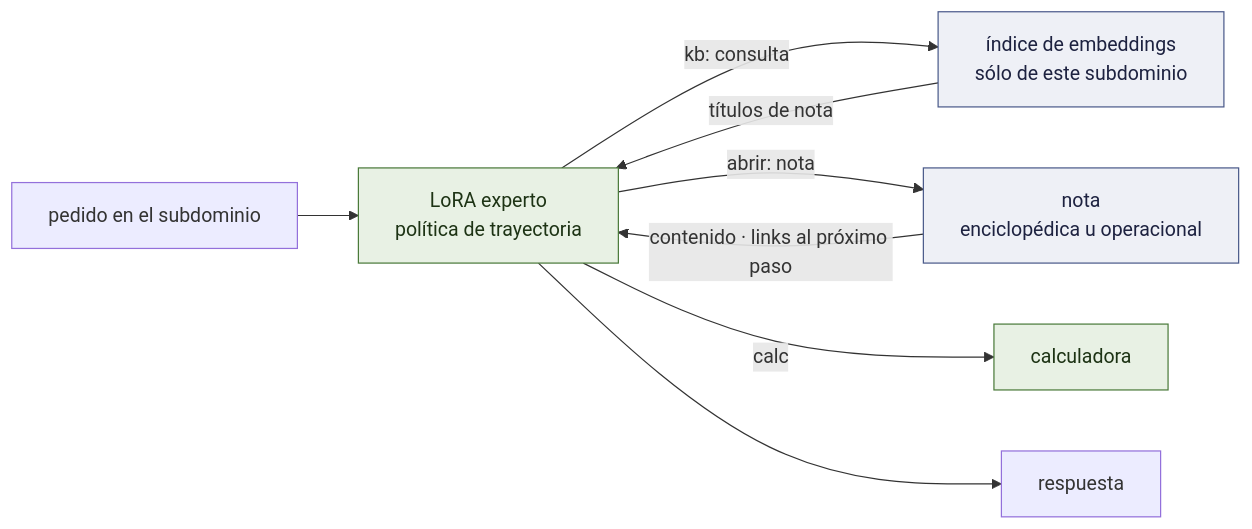
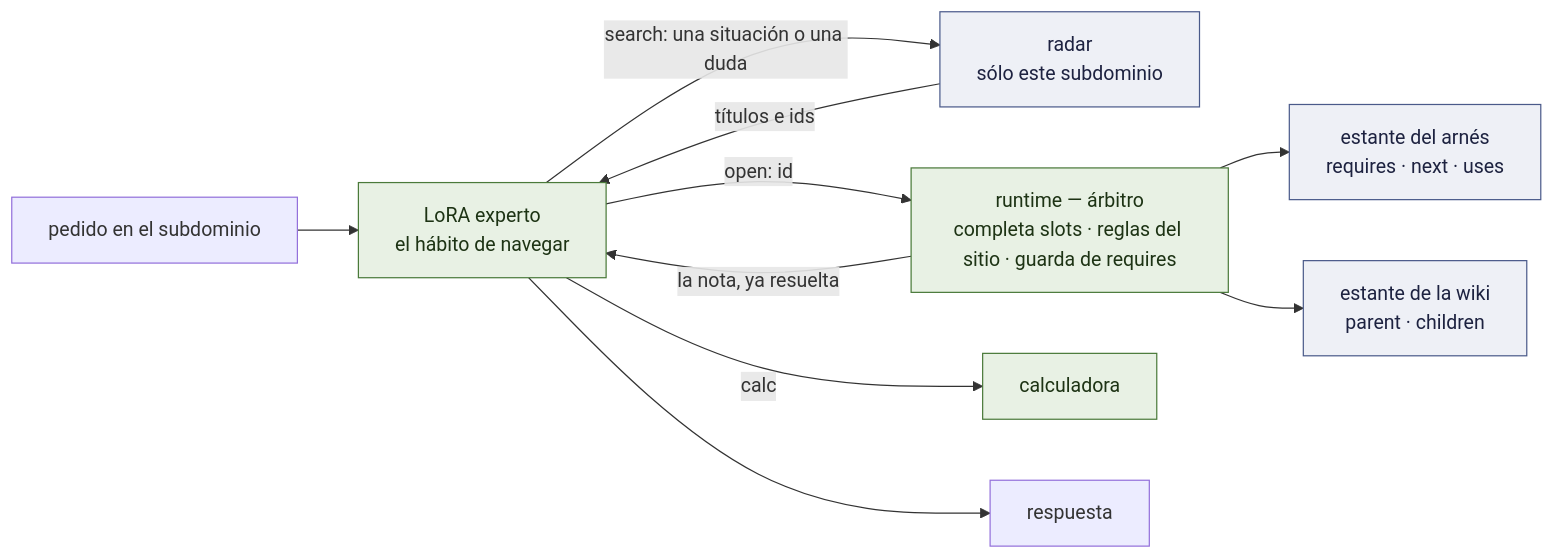
Before and after one commit to EvolvingAgentsLabs/lora-kernel: the third of 3 diagrams in docs/es/ARCHITECTURE.md, drawn with Mermaid. The commit also changed other lines of this file and 32 other files, not shown here.

````diff
--- a/docs/es/ARCHITECTURE.md
+++ b/docs/es/ARCHITECTURE.md
@@ -149,14 +149,16 @@
 ```mermaid
 flowchart LR
-    Q["pedido en el subdominio"] --> E["LoRA experto<br>política de trayectoria"]
-    E -- "kb: consulta" --> I["índice de embeddings<br>sólo de este subdominio"]
-    I -- "títulos de nota" --> E
-    E -- "abrir: nota" --> N["nota<br>enciclopédica u operacional"]
-    N -- "contenido · links al próximo paso" --> E
+    Q["pedido en el subdominio"] --> E["LoRA experto<br>el hábito de navegar"]
+    E -- "search: una situación o una duda" --> I["radar<br>sólo este subdominio"]
+    I -- "títulos e ids" --> E
+    E -- "open: id" --> RT["runtime — árbitro<br>completa slots · reglas del sitio · guarda de requires"]
+    RT --> H["estante del arnés<br>requires · next · uses"]
+    RT --> K["estante de la wiki<br>parent · children"]
+    RT -- "la nota, ya resuelta" --> E
     E -- "calc" --> C["calculadora"]
     E --> A["respuesta"]
     classDef local fill:#e8f1e4,stroke:#4a7a3a,color:#1d3314
     classDef art fill:#eef0f6,stroke:#4a5a8a,color:#1d2240
-    class E,C local
-    class I,N art
+    class E,RT,C local
+    class I,H,K art
 ```
````
